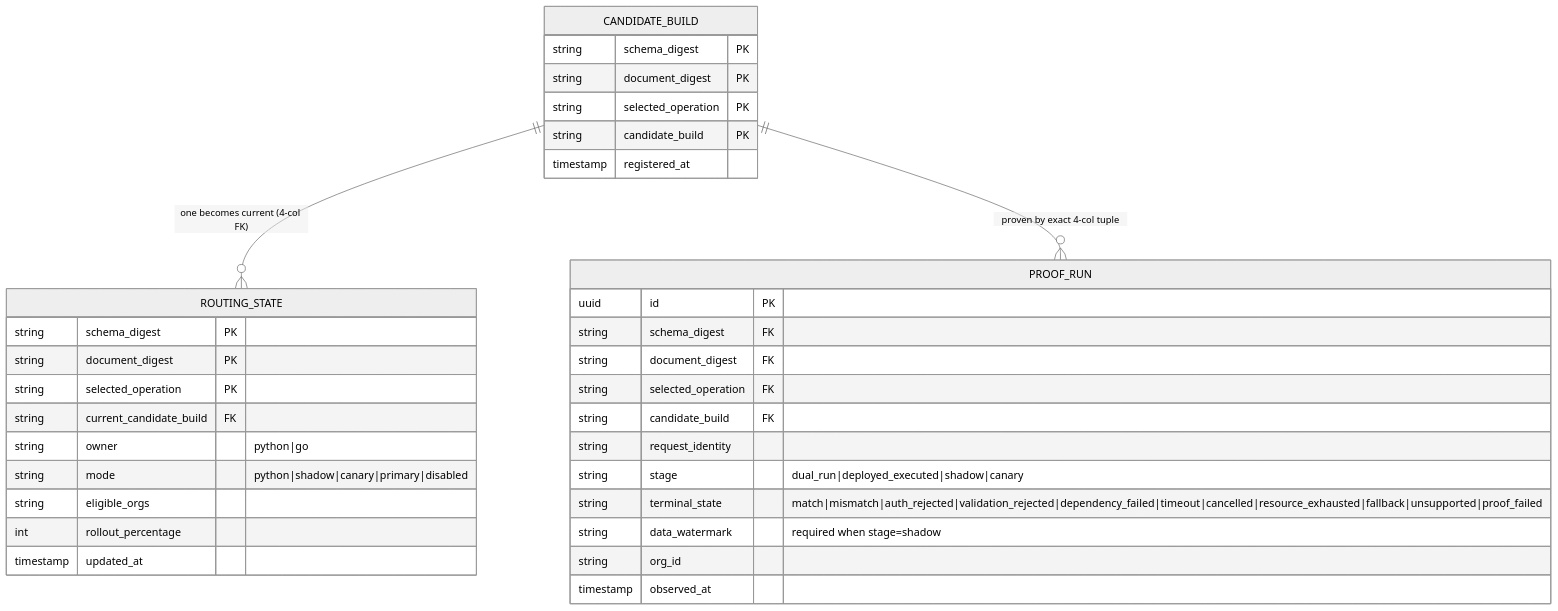
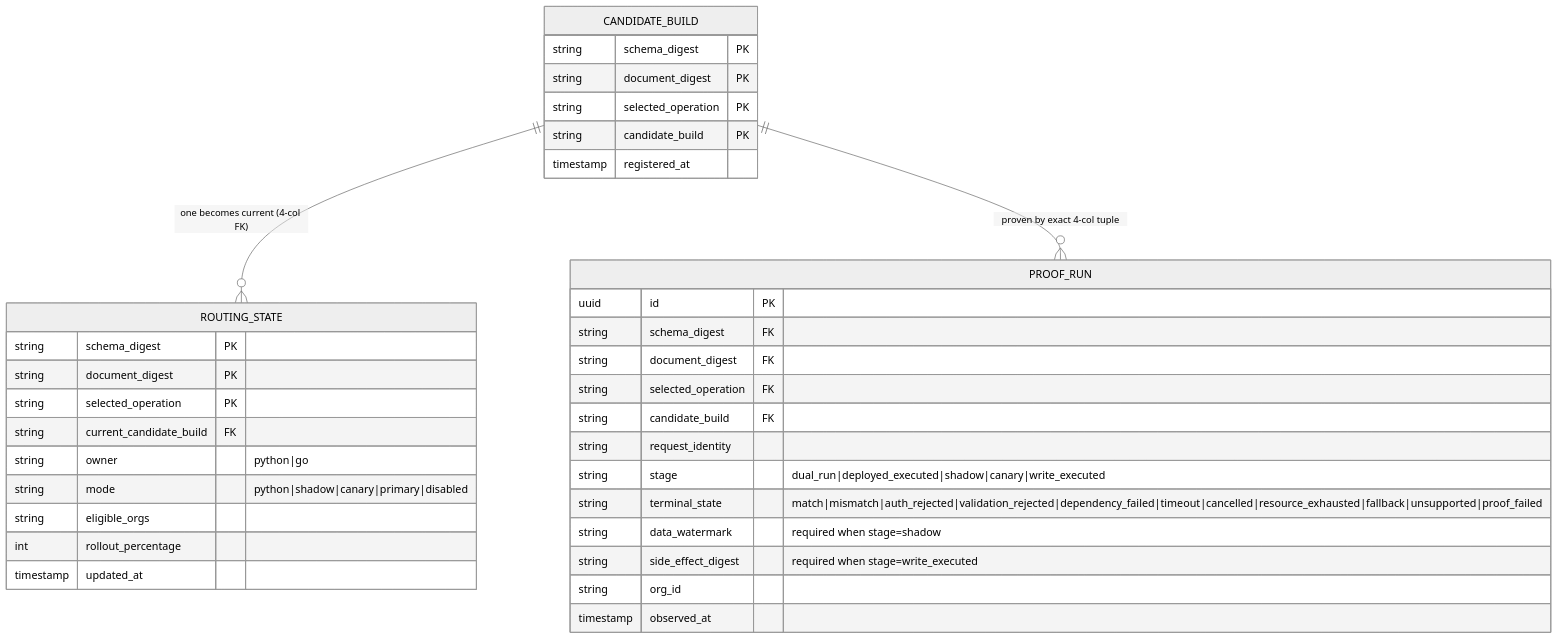
The second of 3 diagrams in docs/contribute/architecture/go-api-wave-0-proof-infrastructure.md (full-chaos/dev-health-ops), drawn with Mermaid (neutral theme) before and after one commit. The commit also changed 23 other files, not shown here.

````diff
--- a/docs/contribute/architecture/go-api-wave-0-proof-infrastructure.md
+++ b/docs/contribute/architecture/go-api-wave-0-proof-infrastructure.md
@@ -119,36 +119,37 @@
 ```mermaid
 erDiagram
     CANDIDATE_BUILD {
         string schema_digest PK
         string document_digest PK
         string selected_operation PK
         string candidate_build PK
         timestamp registered_at
     }
     ROUTING_STATE {
         string schema_digest PK
         string document_digest PK
         string selected_operation PK
         string current_candidate_build FK
         string owner "python|go"
         string mode "python|shadow|canary|primary|disabled"
         string eligible_orgs
         int rollout_percentage
         timestamp updated_at
     }
     PROOF_RUN {
         uuid id PK
         string schema_digest FK
         string document_digest FK
         string selected_operation FK
         string candidate_build FK
         string request_identity
-        string stage "dual_run|deployed_executed|shadow|canary"
+        string stage "dual_run|deployed_executed|shadow|canary|write_executed"
         string terminal_state "match|mismatch|auth_rejected|validation_rejected|dependency_failed|timeout|cancelled|resource_exhausted|fallback|unsupported|proof_failed"
         string data_watermark "required when stage=shadow"
+        string side_effect_digest "required when stage=write_executed"
         string org_id
         timestamp observed_at
     }
     CANDIDATE_BUILD ||--o{ ROUTING_STATE : "one becomes current (4-col FK)"
     CANDIDATE_BUILD ||--o{ PROOF_RUN : "proven by exact 4-col tuple"
 ```
````
